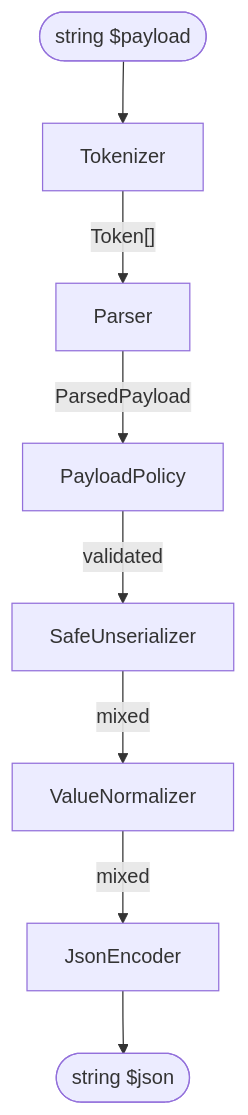
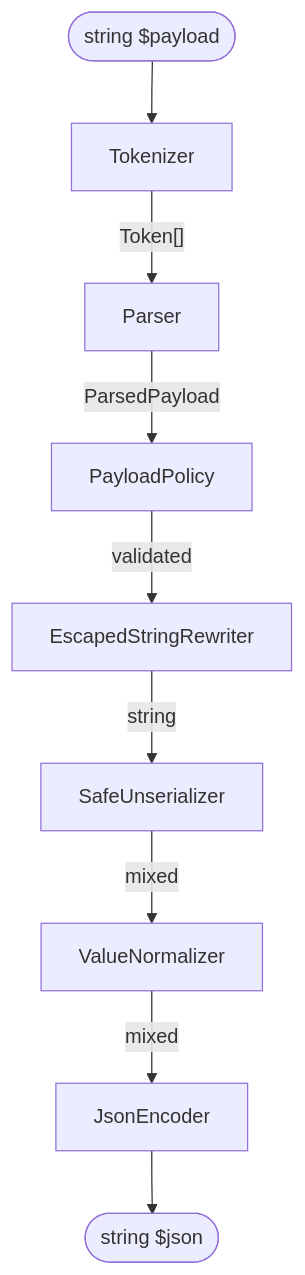
The diagram in docs/architecture.md (roelmagdaleno/serialized), drawn with Mermaid before and after one commit. The commit also changed other lines of this file and 10 other files, not shown here.

````diff
--- a/docs/architecture.md
+++ b/docs/architecture.md
@@ -33,12 +33,13 @@
 ```mermaid
 flowchart TD
     input(["string $payload"]) --> tokenizer
 
     tokenizer["Tokenizer"] -- "Token[]" --> parser["Parser"]
     parser -- "ParsedPayload" --> policy["PayloadPolicy"]
-    policy -- "validated" --> unserializer["SafeUnserializer"]
+    policy -- "validated" --> rewriter["EscapedStringRewriter"]
+    rewriter -- "string" --> unserializer["SafeUnserializer"]
     unserializer -- "mixed" --> normalizer["ValueNormalizer"]
     normalizer -- "mixed" --> encoder["JsonEncoder"]
 
     encoder --> output(["string $json"])
 ```
````
